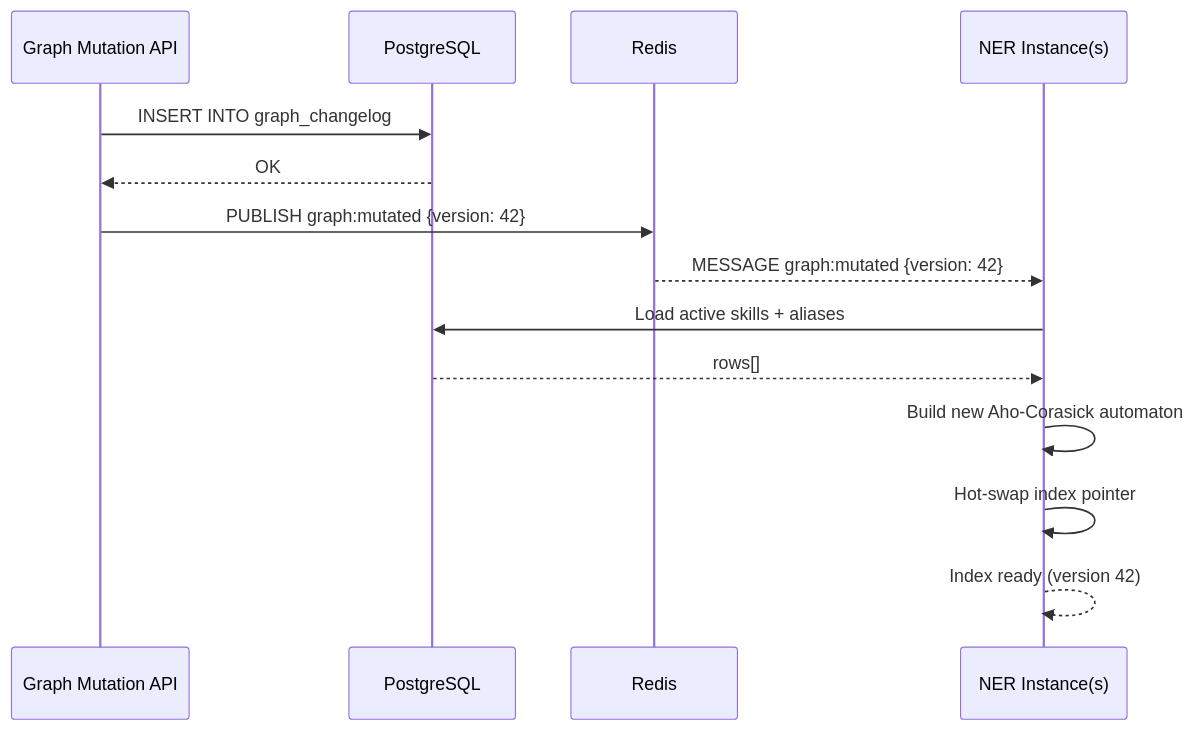
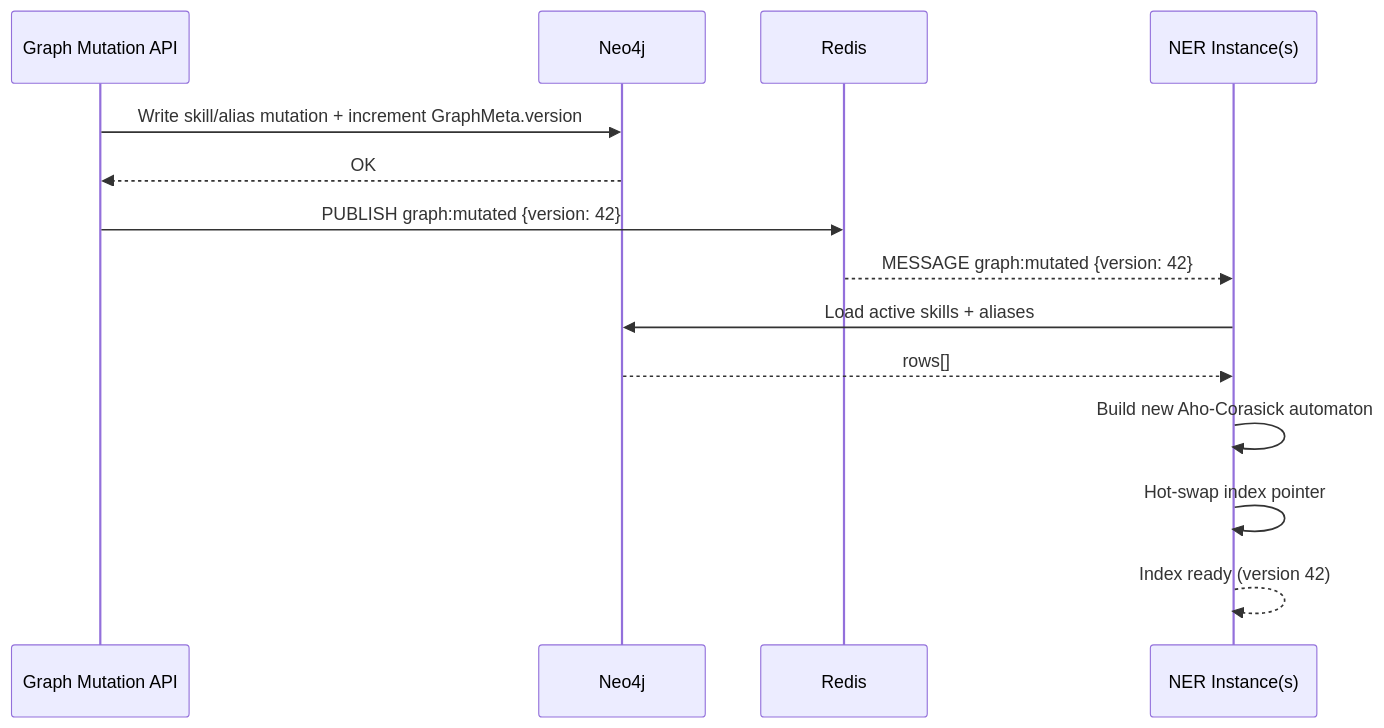
The second of 2 diagrams in ner/OVERVIEW.md (duwscan/skills-graph), drawn with Mermaid before and after one commit. The commit also changed other lines of this file, not shown here.

Commit message:
docs: align NER overview with Neo4j-only backend

````diff
--- a/ner/OVERVIEW.md
+++ b/ner/OVERVIEW.md
@@ -325,17 +288,17 @@
 ```mermaid
 sequenceDiagram
     participant CM as Graph Mutation API
-    participant PG as PostgreSQL
+    participant NG as Neo4j
     participant RD as Redis
     participant NI as NER Instance(s)
 
-    CM->>PG: INSERT INTO graph_changelog
-    PG-->>CM: OK
+    CM->>NG: Write skill/alias mutation + increment GraphMeta.version
+    NG-->>CM: OK
     CM->>RD: PUBLISH graph:mutated {version: 42}
     RD-->>NI: MESSAGE graph:mutated {version: 42}
-    NI->>PG: Load active skills + aliases
-    PG-->>NI: rows[]
+    NI->>NG: Load active skills + aliases
+    NG-->>NI: rows[]
     NI->>NI: Build new Aho-Corasick automaton
     NI->>NI: Hot-swap index pointer
     NI-->>NI: Index ready (version 42)
 ```
````
